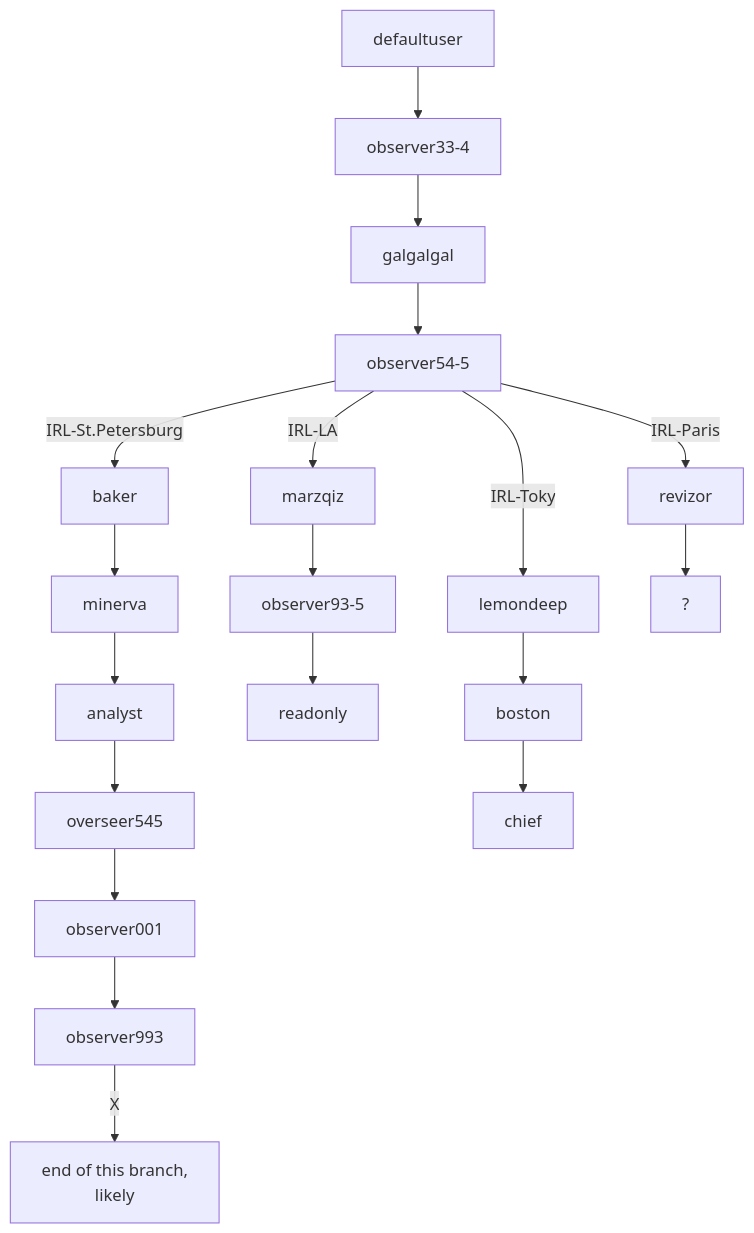
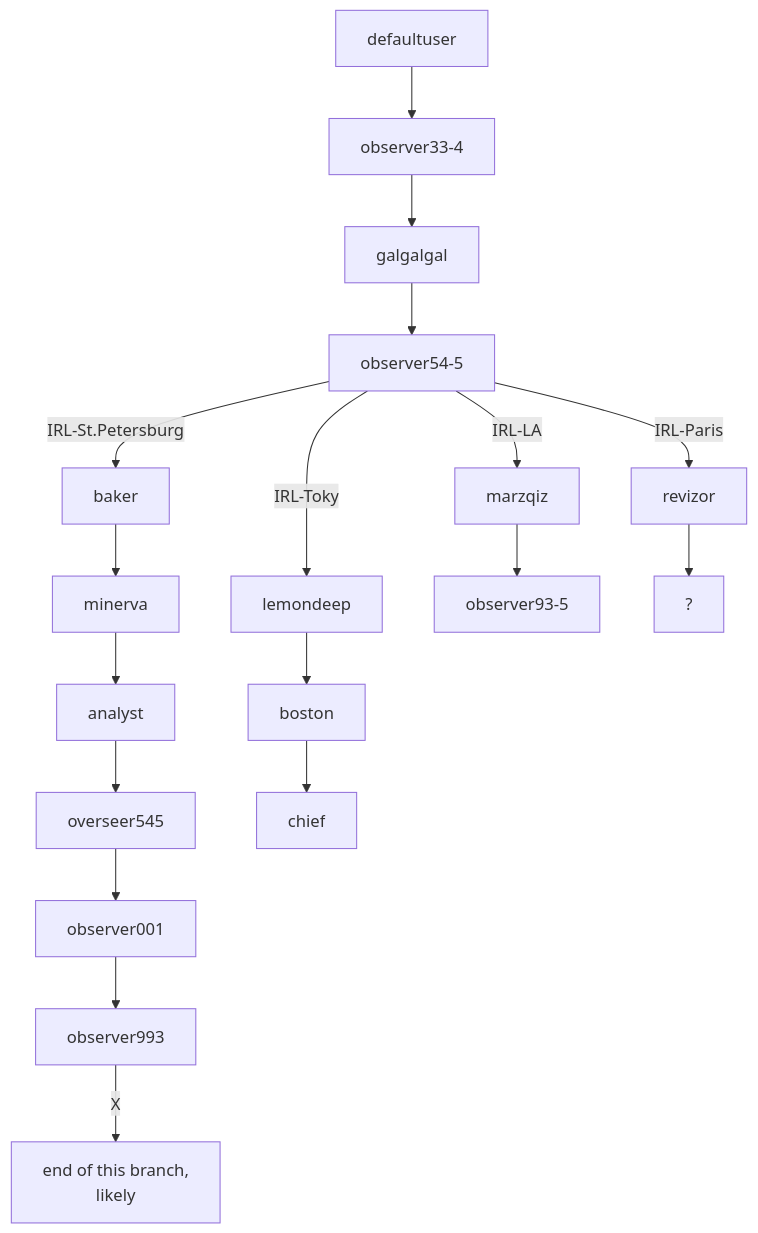
The diagram in README.md (Philsie/ARRS-documentation), drawn with Mermaid before and after one commit.

Commit message:
fix unknown user "readonly"

````diff
--- a/README.md
+++ b/README.md
@@ -24,21 +24,20 @@
 ```mermaid
 graph TD;
     defaultuser-->observer33-4;
     observer33-4-->galgalgal;
     galgalgal-->observer54-5;
     observer54-5--IRL-Paris-->revizor;
     observer54-5--IRL-LA-->marzqiz;
     observer54-5--IRL-St.Petersburg-->baker;
     observer54-5--IRL-Tokyo-->lemondeep;
     baker-->minerva;
     minerva-->analyst;
     analyst-->overseer545;
     overseer545-->observer001;
     observer001-->observer993;
     observer993--X-->russiaEnd["end of this branch,\n likely"]
     marzqiz-->observer93-5;
-    observer93-5-->readonly;
     revizor-->?;
     lemondeep-->boston;
     boston-->chief;
 ```
````
